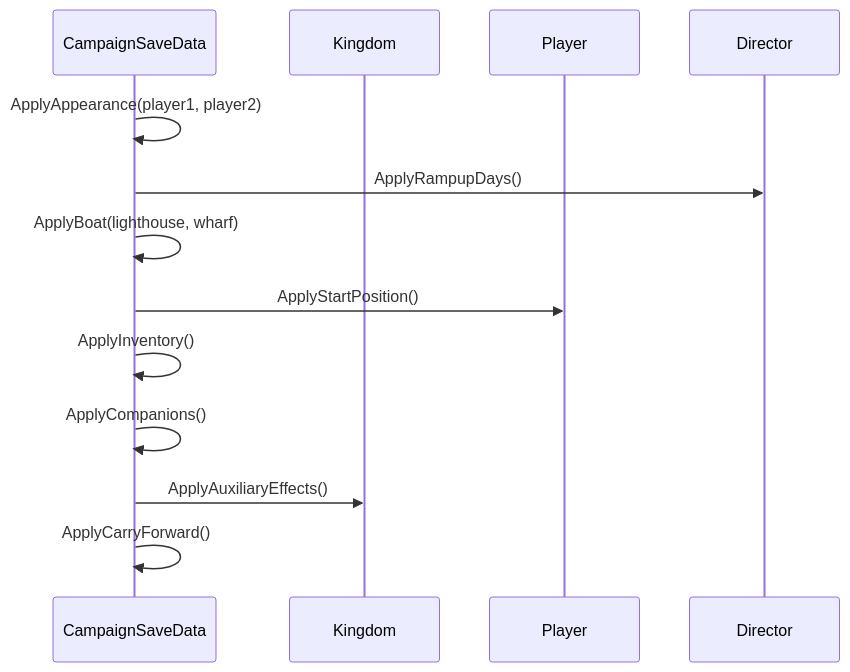
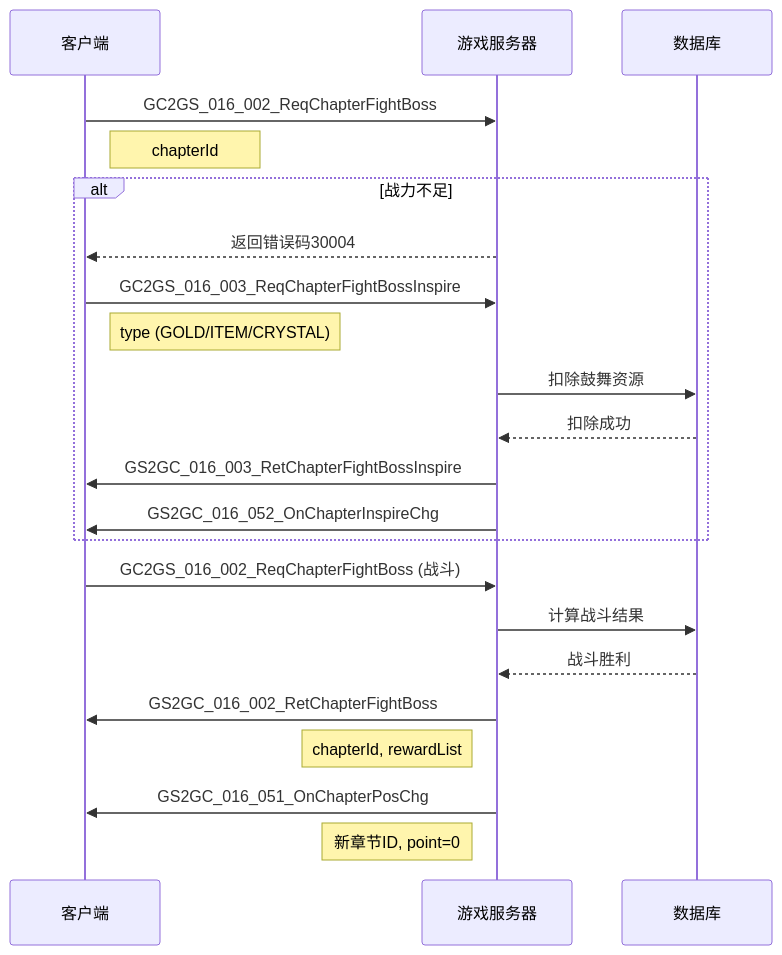
One commit to Alan-Ben/k2c_game_framework changed the second of 4 diagrams in docs/Module_Chapter/02_协议文档.md. Above: the diagram before and after it, drawn with Mermaid. The commit also changed other lines of this file and 6 other files, not shown here.

````diff
--- a/docs/Module_Chapter/02_协议文档.md
+++ b/docs/Module_Chapter/02_协议文档.md
@@ -163,16 +716,30 @@
 ```mermaid
 sequenceDiagram
-    participant SaveData as CampaignSaveData
-    participant Kingdom as Kingdom
-    participant Player as Player
-    participant Director as Director
-    
-    SaveData->>SaveData: ApplyAppearance(player1, player2)
-    SaveData->>Director: ApplyRampupDays()
-    SaveData->>SaveData: ApplyBoat(lighthouse, wharf)
-    SaveData->>Player: ApplyStartPosition()
-    SaveData->>SaveData: ApplyInventory()
-    SaveData->>SaveData: ApplyCompanions()
-    SaveData->>Kingdom: ApplyAuxiliaryEffects()
-    SaveData->>SaveData: ApplyCarryForward()
+    participant Client as 客户端
+    participant GS as 游戏服务器
+    participant DB as 数据库
+
+    Client->>GS: GC2GS_016_002_ReqChapterFightBoss
+    Note right of Client: chapterId
+
+    alt 战力不足
+        GS-->>Client: 返回错误码30004
+        Client->>GS: GC2GS_016_003_ReqChapterFightBossInspire
+        Note right of Client: type (GOLD/ITEM/CRYSTAL)
+        GS->>DB: 扣除鼓舞资源
+        DB-->>GS: 扣除成功
+        GS->>Client: GS2GC_016_003_RetChapterFightBossInspire
+        GS->>Client: GS2GC_016_052_OnChapterInspireChg
+    end
+
+    Client->>GS: GC2GS_016_002_ReqChapterFightBoss (战斗)
+
+    GS->>DB: 计算战斗结果
+    DB-->>GS: 战斗胜利
+
+    GS->>Client: GS2GC_016_002_RetChapterFightBoss
+    Note left of GS: chapterId, rewardList
+
+    GS->>Client: GS2GC_016_051_OnChapterPosChg
+    Note left of GS: 新章节ID, point=0
 ```
````
